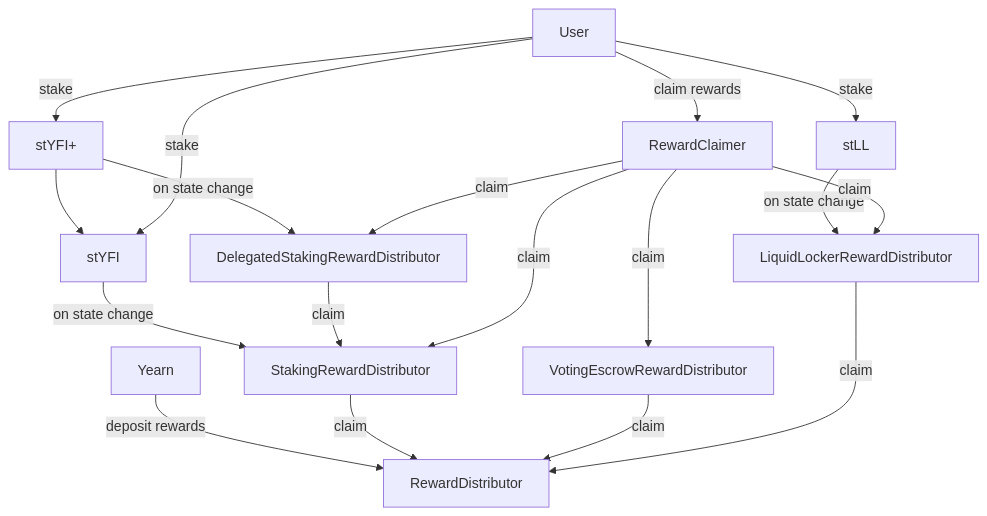
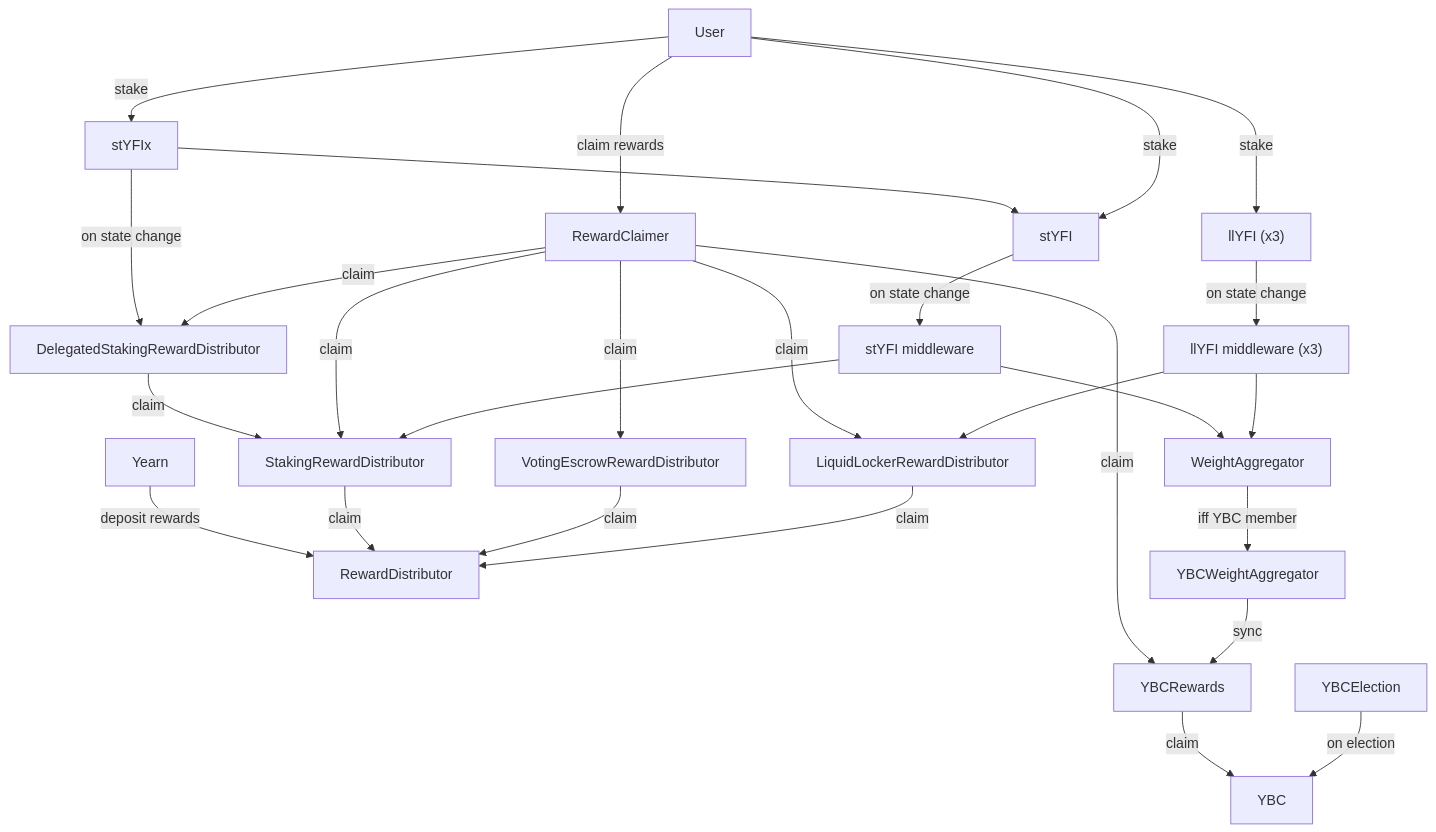
The diagram in README.md (yearn/stYFI), drawn with Mermaid before and after one commit. The commit also changed 19 other files, not shown here.

````diff
--- a/README.md
+++ b/README.md
@@ -53,33 +53,53 @@
 ```mermaid
 flowchart TD
     U[User]
     A[RewardDistributor]
     B[StakingRewardDistributor]
     D[VotingEscrowRewardDistributor]
     C[LiquidLockerRewardDistributor]
-    
-    E[stYFI] -->|"on state change"| B
-    G[stYFI+] --> E
-    F[stLL] --> |"on state change"| C
-    
+
+    E[stYFI] -->|"on state change"| J
+    G[stYFIx] --> E
+    F["llYFI (x3)"] --> |"on state change"| K
+
     G --> |"on state change"| H[DelegatedStakingRewardDistributor]
     H --> |"claim"| B
-    
+
     Y[Yearn] --> |"deposit rewards"|A
-    
+
     B --> |"claim"| A
     D --> |"claim"| A
     C --> |"claim"| A
-    
+
     I["RewardClaimer"]
     I --> |"claim"| B
     I --> |"claim"| D
     I --> |"claim"| C
     I --> |"claim"| H
+    I --> |"claim"| N
     U --> |"claim rewards"| I
-    
+
     U --> |"stake"| E
     U --> |"stake"| G
     U --> |"stake"| F
-    
+
+    J[stYFI middleware]
+    J --> B
+    J --> L
+
+    K["llYFI middleware (x3)"]
+    K --> C
+    K --> L
+
+    L[WeightAggregator]
+    M[YBCWeightAggregator]
+    L --> |"iff YBC member"| M
+
+    N[YBCRewards]
+    M --> |sync| N
+    N --> |claim| P
+
+    P[YBC]
+    O[YBCElection]
+    O --> |"on election"| P
 ```
````
